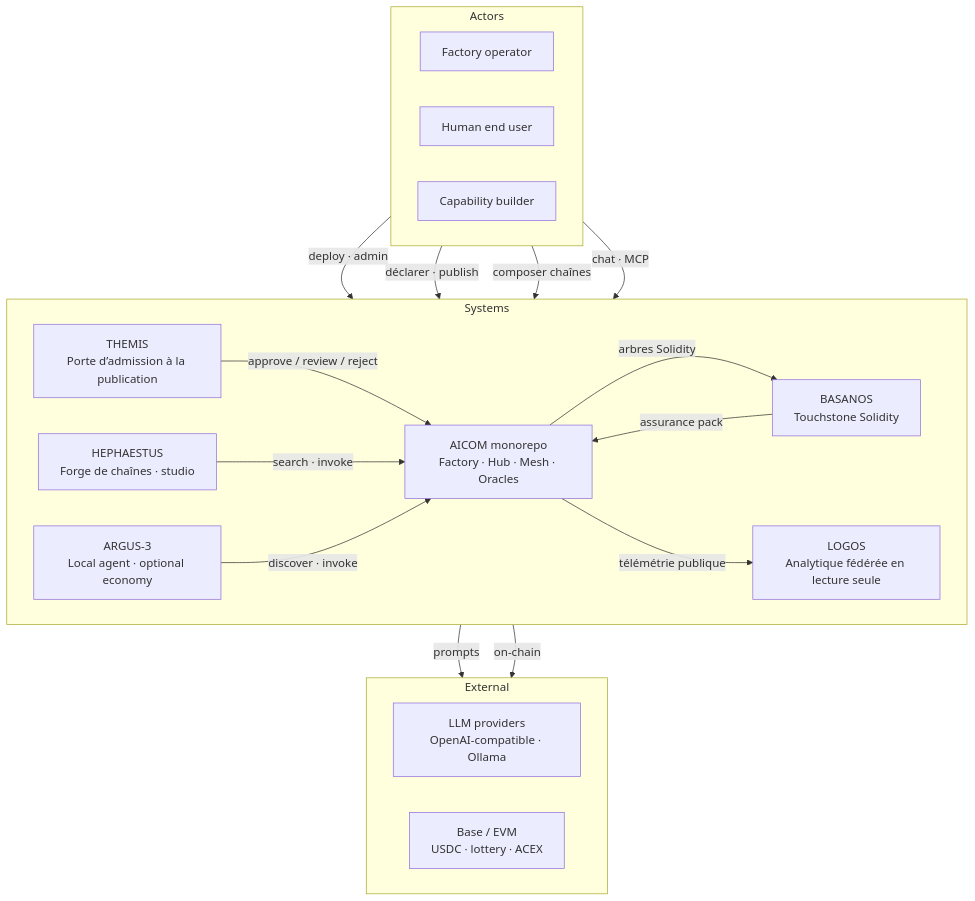
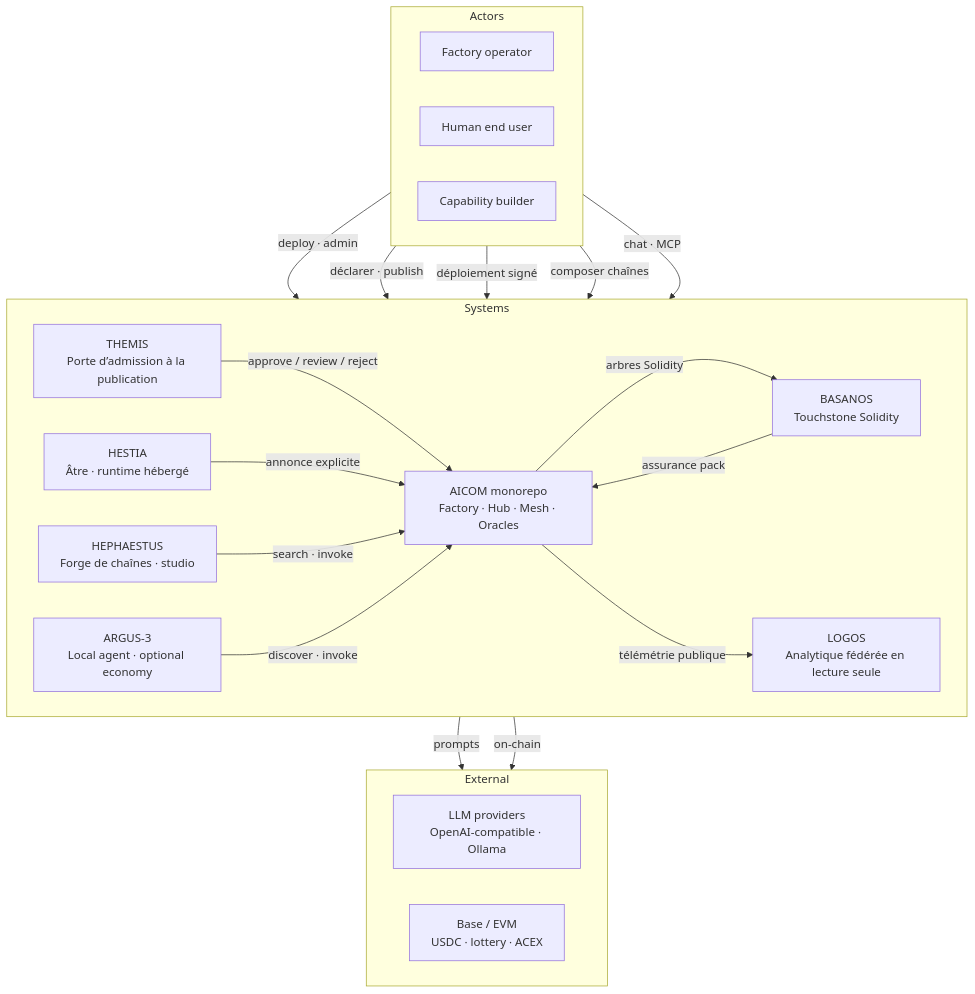
One commit to alexar76/aicom changed the second of 5 diagrams in docs/ecosystem/whitepaper/fr.md. Above: the diagram before and after it, drawn with Mermaid. The commit also changed other lines of this file and 28 other files, not shown here.

````diff
--- a/docs/ecosystem/whitepaper/fr.md
+++ b/docs/ecosystem/whitepaper/fr.md
@@ -141,38 +144,41 @@
 ```mermaid
 flowchart TB
   subgraph actors["Actors"]
     direction LR
     operator["Factory operator"]
     enduser["Human end user"]
     builder["Capability builder"]
   end
 
   subgraph systems["Systems"]
     direction LR
     aicom["AICOM monorepo<br/>Factory · Hub · Mesh · Oracles"]
     themis["THEMIS<br/>Porte d’admission à la publication"]
+    hestia["HESTIA<br/>Âtre · runtime hébergé"]
     basanos["BASANOS<br/>Touchstone Solidity"]
     hephaestus["HEPHAESTUS<br/>Forge de chaînes · studio"]
     logos["LOGOS<br/>Analytique fédérée en lecture seule"]
     argus["ARGUS-3<br/>Local agent · optional economy"]
   end
 
   subgraph external["External"]
     direction LR
     llm["LLM providers<br/>OpenAI-compatible · Ollama"]
     chain["Base / EVM<br/>USDC · lottery · ACEX"]
   end
 
   operator -->|deploy · admin| aicom
   builder -->|déclarer · publish| themis
   themis -->|"approve / review / reject"| aicom
+  builder -->|déploiement signé| hestia
+  hestia -->|annonce explicite| aicom
   enduser -->|composer chaînes| hephaestus
   hephaestus -->|search · invoke| aicom
   aicom -->|arbres Solidity| basanos
   basanos -->|assurance pack| aicom
   enduser -->|chat · MCP| argus
   argus -->|discover · invoke| aicom
   aicom -->|télémétrie publique| logos
   aicom -->|prompts| llm
   aicom -->|on-chain| chain
 ```
````
